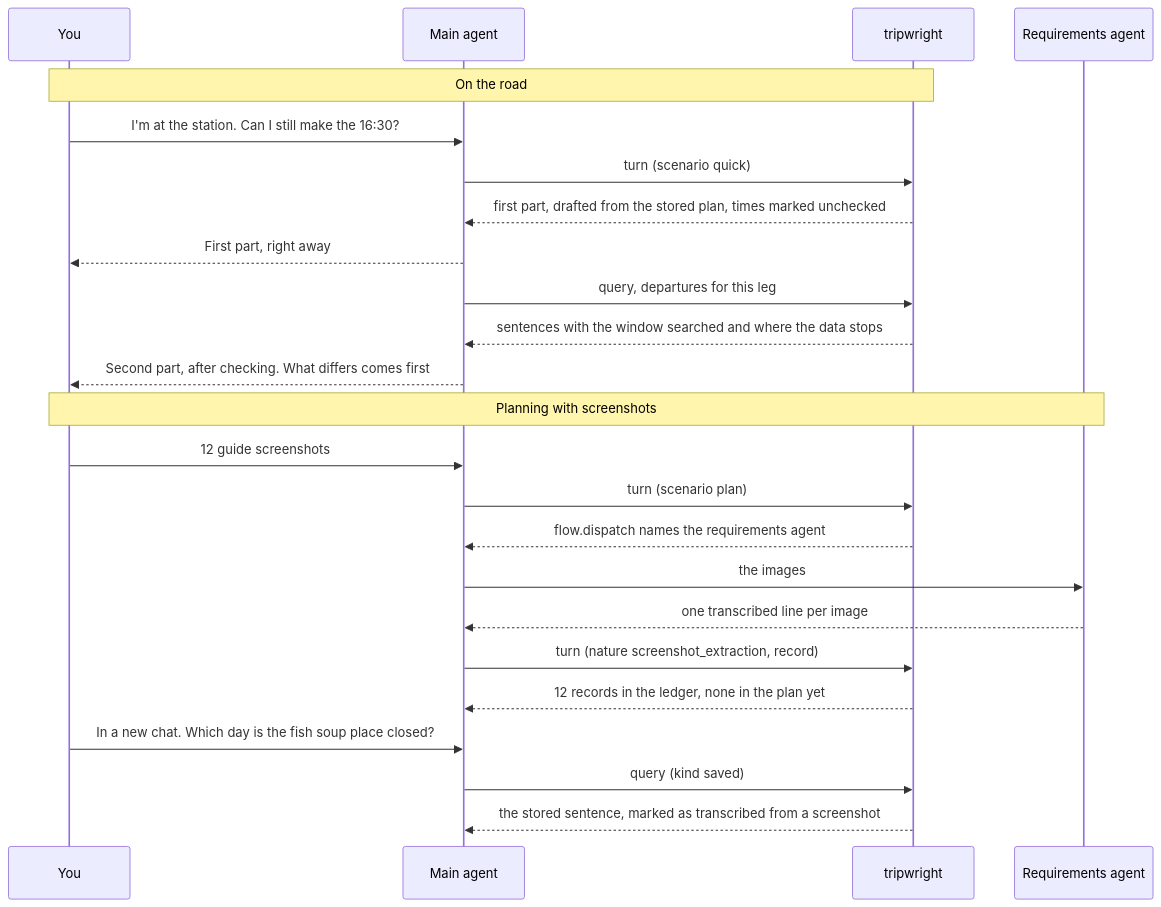
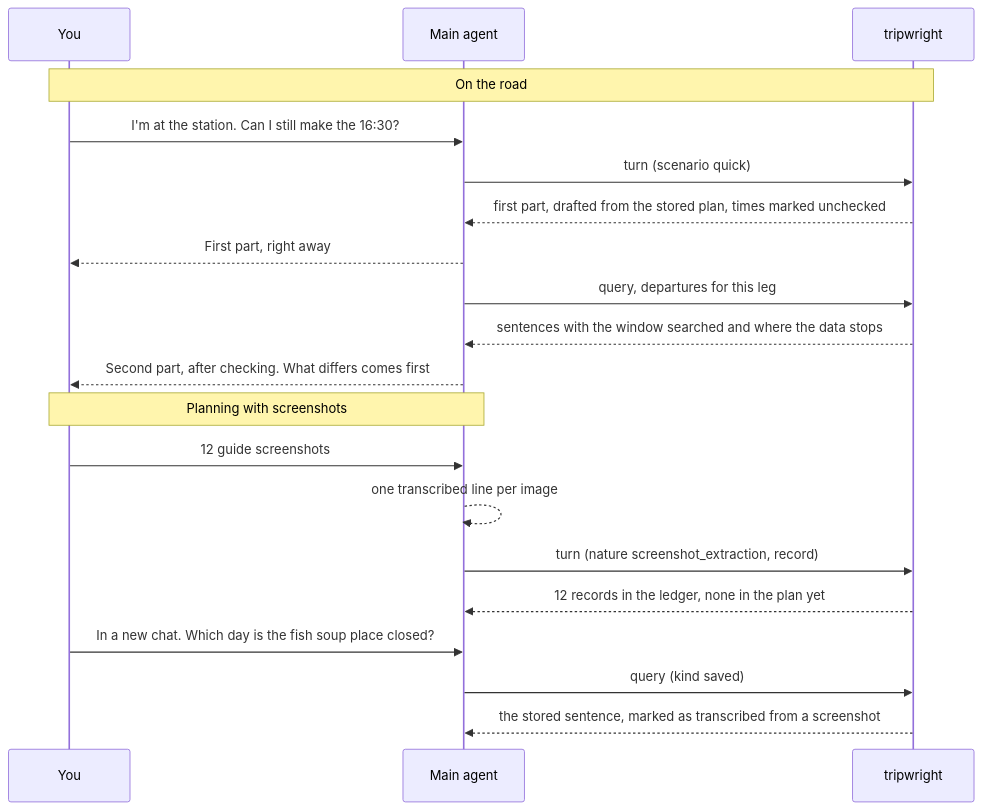
The third of 3 diagrams in README.md (zlxdengtianhei/tripwright), drawn with Mermaid before and after one commit. The commit also changed other lines of this file and 37 other files, not shown here.

First line of the commit message:
Round 4: an undo goes back in one call and nothing holds it; the requirements role folds into the main agent

````diff
--- a/README.md
+++ b/README.md
@@ -57,26 +56,22 @@
 ```mermaid
 sequenceDiagram
     participant U as You
     participant M as Main agent
     participant S as tripwright
-    participant R as Requirements agent
     Note over U,S: On the road
     U->>M: I'm at the station. Can I still make the 16:30?
     M->>S: turn (scenario quick)
     S-->>M: first part, drafted from the stored plan, times marked unchecked
     M-->>U: First part, right away
     M->>S: query, departures for this leg
     S-->>M: sentences with the window searched and where the data stops
     M-->>U: Second part, after checking. What differs comes first
-    Note over U,R: Planning with screenshots
+    Note over U,M: Planning with screenshots
     U->>M: 12 guide screenshots
-    M->>S: turn (scenario plan)
-    S-->>M: flow.dispatch names the requirements agent
-    M->>R: the images
-    R-->>M: one transcribed line per image
+    M-->>M: one transcribed line per image
     M->>S: turn (nature screenshot_extraction, record)
     S-->>M: 12 records in the ledger, none in the plan yet
     U->>M: In a new chat. Which day is the fish soup place closed?
     M->>S: query (kind saved)
     S-->>M: the stored sentence, marked as transcribed from a screenshot
 ```
````
